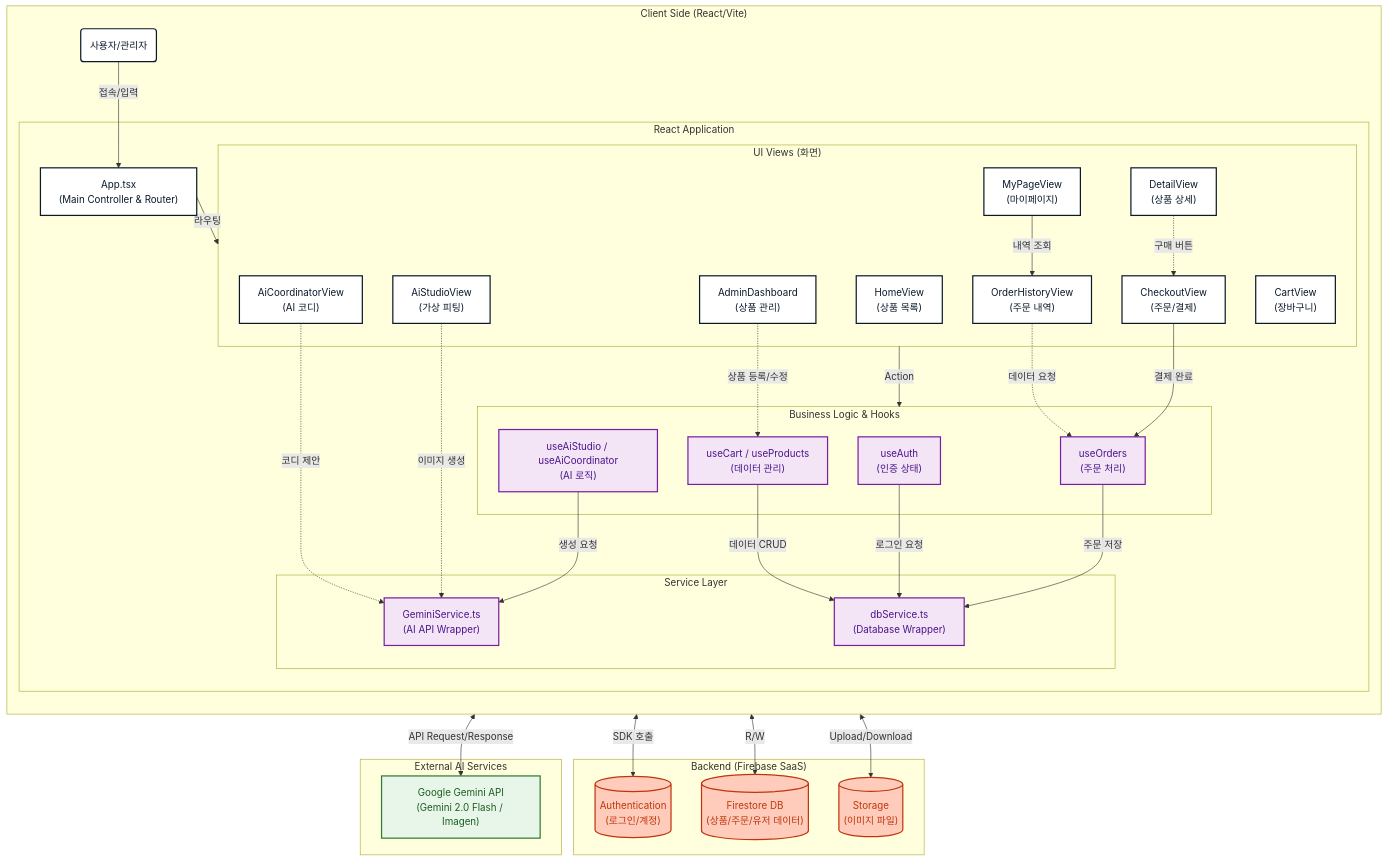
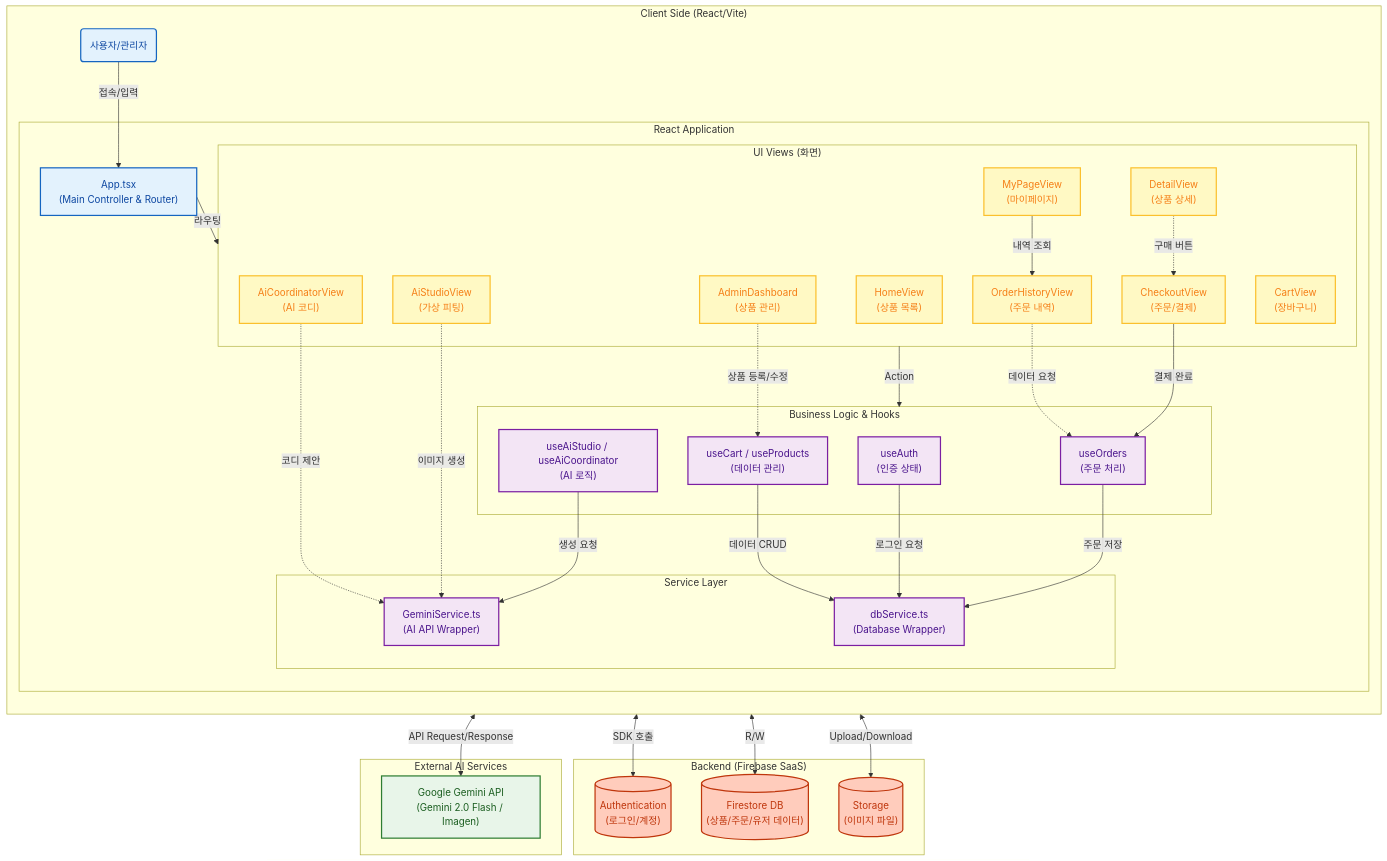
Before and after one commit to ABE0402/shopping-app: the diagram in README.md, drawn with Mermaid.

````diff
--- a/README.md
+++ b/README.md
@@ -98,90 +98,90 @@
 ```mermaid
 graph TD
-    %% 스타일 정의
-    classDef client fill:#ffffff,stroke:#0a1a2b,stroke-width:2px,color:#0a1a2b;
-    classDef view fill:#ffffff,stroke:#0a1a2b,stroke-width:2px,color:#0a1a2b;
-    classDef service fill:#f3e5f5,stroke:#7b1fa2,stroke-width:2px,color:#4a148c;
-    classDef firebase fill:#ffccbc,stroke:#bf360c,stroke-width:2px,color:#bf360c;
-    classDef external fill:#e8f5e9,stroke:#2e7d32,stroke-width:2px,color:#1b5e20;
+    %% 스타일 정의
+    classDef client fill:#e3f2fd,stroke:#1565c0,stroke-width:2px,color:#0d47a1;
+    classDef view fill:#fff9c4,stroke:#fbc02d,stroke-width:2px,color:#f57f17;
+    classDef service fill:#f3e5f5,stroke:#7b1fa2,stroke-width:2px,color:#4a148c;
+    classDef firebase fill:#ffccbc,stroke:#bf360c,stroke-width:2px,color:#bf360c;
+    classDef external fill:#e8f5e9,stroke:#2e7d32,stroke-width:2px,color:#1b5e20;
 
-    %% 1. Client 영역
-    subgraph Client ["Client Side (React/Vite)"]
-        direction TB
-        User(사용자/관리자):::client
-        
-        subgraph Frontend ["React Application"]
-            App["App.tsx<br/>(Main Controller & Router)"]:::client
-            
-            subgraph Views ["UI Views (화면)"]
-                Home["HomeView<br/>(상품 목록)"]:::view
-                Detail["DetailView<br/>(상품 상세)"]:::view
-                Cart["CartView<br/>(장바구니)"]:::view
-                Checkout["CheckoutView<br/>(주문/결제)"]:::view
-                OrderHistory["OrderHistoryView<br/>(주문 내역)"]:::view
-                MyPage["MyPageView<br/>(마이페이지)"]:::view
-                AiStudio["AiStudioView<br/>(가상 피팅)"]:::view
-                AiCoord["AiCoordinatorView<br/>(AI 코디)"]:::view
-                Admin["AdminDashboard<br/>(상품 관리)"]:::view
-            end
-            
-            subgraph Logic ["Business Logic & Hooks"]
-                AuthState["useAuth<br/>(인증 상태)"]:::service
-                DataState["useCart / useProducts<br/>(데이터 관리)"]:::service
-                OrderLogic["useOrders<br/>(주문 처리)"]:::service
-                AiHooks["useAiStudio / useAiCoordinator<br/>(AI 로직)"]:::service
-            end
+    %% 1. Client 영역
+    subgraph Client ["Client Side (React/Vite)"]
+        direction TB
+        User(사용자/관리자):::client
+        
+        subgraph Frontend ["React Application"]
+            App["App.tsx<br/>(Main Controller & Router)"]:::client
+            
+            subgraph Views ["UI Views (화면)"]
+                Home["HomeView<br/>(상품 목록)"]:::view
+                Detail["DetailView<br/>(상품 상세)"]:::view
+                Cart["CartView<br/>(장바구니)"]:::view
+                Checkout["CheckoutView<br/>(주문/결제)"]:::view
+                OrderHistory["OrderHistoryView<br/>(주문 내역)"]:::view
+                MyPage["MyPageView<br/>(마이페이지)"]:::view
+                AiStudio["AiStudioView<br/>(가상 피팅)"]:::view
+                AiCoord["AiCoordinatorView<br/>(AI 코디)"]:::view
+                Admin["AdminDashboard<br/>(상품 관리)"]:::view
+            end
+            
+            subgraph Logic ["Business Logic & Hooks"]
+                AuthState["useAuth<br/>(인증 상태)"]:::service
+                DataState["useCart / useProducts<br/>(데이터 관리)"]:::service
+                OrderLogic["useOrders<br/>(주문 처리)"]:::service
+                AiHooks["useAiStudio / useAiCoordinator<br/>(AI 로직)"]:::service
+            end
 
-            subgraph Services ["Service Layer"]
-                GeminiService["GeminiService.ts<br/>(AI API Wrapper)"]:::service
-                DBService["dbService.ts<br/>(Database Wrapper)"]:::service
-            end
-        end
-    end
+            subgraph Services ["Service Layer"]
+                GeminiService["GeminiService.ts<br/>(AI API Wrapper)"]:::service
+                DBService["dbService.ts<br/>(Database Wrapper)"]:::service
+            end
+        end
+    end
 
-    %% 2. Backend 영역 (Firebase)
-    subgraph Firebase ["Backend (Firebase SaaS)"]
-        FB_Auth[("Authentication<br/>(로그인/계정)")]:::firebase
-        FB_DB[("Firestore DB<br/>(상품/주문/유저 데이터)")]:::firebase
-        FB_Storage[("Storage<br/>(이미지 파일)")]:::firebase
-    end
+    %% 2. Backend 영역 (Firebase)
+    subgraph Firebase ["Backend (Firebase SaaS)"]
+        FB_Auth[("Authentication<br/>(로그인/계정)")]:::firebase
+        FB_DB[("Firestore DB<br/>(상품/주문/유저 데이터)")]:::firebase
+        FB_Storage[("Storage<br/>(이미지 파일)")]:::firebase
+    end
 
-    %% 3. External 영역 (AI)
-    subgraph External ["External AI Services"]
-        GoogleAI["Google Gemini API<br/>(Gemini 2.0 Flash / Imagen)"]:::external
-    end
+    %% 3. External 영역 (AI)
+    subgraph External ["External AI Services"]
+        GoogleAI["Google Gemini API<br/>(Gemini 2.0 Flash / Imagen)"]:::external
+    end
 
-    %% -- 관계 연결 (Flow) --
-    
-    %% 사용자 인터랙션
-    User -->|접속/입력| App
-    App -->|라우팅| Views
-    
-    %% 뷰와 로직 연결
-    Views -->|Action| Logic
-    
-    %% 구매 프로세스 흐름 추가
-    Detail -.->|구매 버튼| Checkout
-    Checkout -->|결제 완료| OrderLogic
-    OrderLogic -->|주문 저장| DBService
-    
-    %% 주문 내역 확인 흐름
-    MyPage -->|내역 조회| OrderHistory
-    OrderHistory -.->|데이터 요청| OrderLogic
+    %% -- 관계 연결 (Flow) --
+    
+    %% 사용자 인터랙션
+    User -->|접속/입력| App
+    App -->|라우팅| Views
+    
+    %% 뷰와 로직 연결
+    Views -->|Action| Logic
+    
+    %% 구매 프로세스 흐름 추가
+    Detail -.->|구매 버튼| Checkout
+    Checkout -->|결제 완료| OrderLogic
+    OrderLogic -->|주문 저장| DBService
+    
+    %% 주문 내역 확인 흐름
+    MyPage -->|내역 조회| OrderHistory
+    OrderHistory -.->|데이터 요청| OrderLogic
 
-    %% 기존 로직 연결
-    AuthState -->|로그인 요청| DBService
-    DataState -->|데이터 CRUD| DBService
-    AiHooks -->|생성 요청| GeminiService
-    
-    %% 서비스와 외부 리소스 연결
-    DBService <-->|SDK 호출| FB_Auth
-    DBService <-->|R/W| FB_DB
-    DBService <-->|Upload/Download| FB_Storage
-    
-    GeminiService <-->|API Request/Response| GoogleAI
-    
-    %% 주요 기능 연결
-    AiStudio -.->|이미지 생성| GeminiService
-    AiCoord -.->|코디 제안| GeminiService
-    Admin -.->|상품 등록/수정| DataState
+    %% 기존 로직 연결
+    AuthState -->|로그인 요청| DBService
+    DataState -->|데이터 CRUD| DBService
+    AiHooks -->|생성 요청| GeminiService
+    
+    %% 서비스와 외부 리소스 연결
+    DBService <-->|SDK 호출| FB_Auth
+    DBService <-->|R/W| FB_DB
+    DBService <-->|Upload/Download| FB_Storage
+    
+    GeminiService <-->|API Request/Response| GoogleAI
+    
+    %% 주요 기능 연결
+    AiStudio -.->|이미지 생성| GeminiService
+    AiCoord -.->|코디 제안| GeminiService
+    Admin -.->|상품 등록/수정| DataState 
 ```
````
